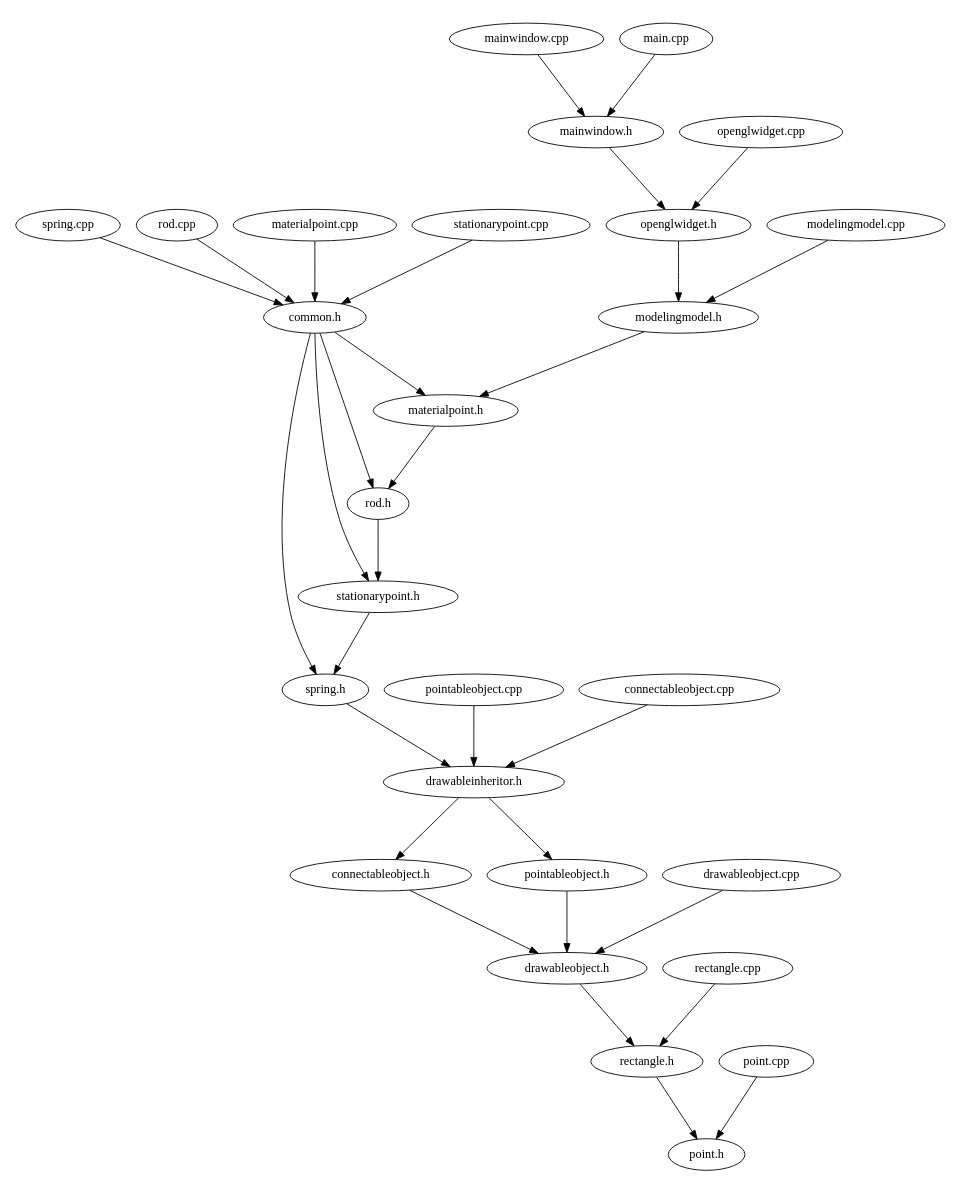
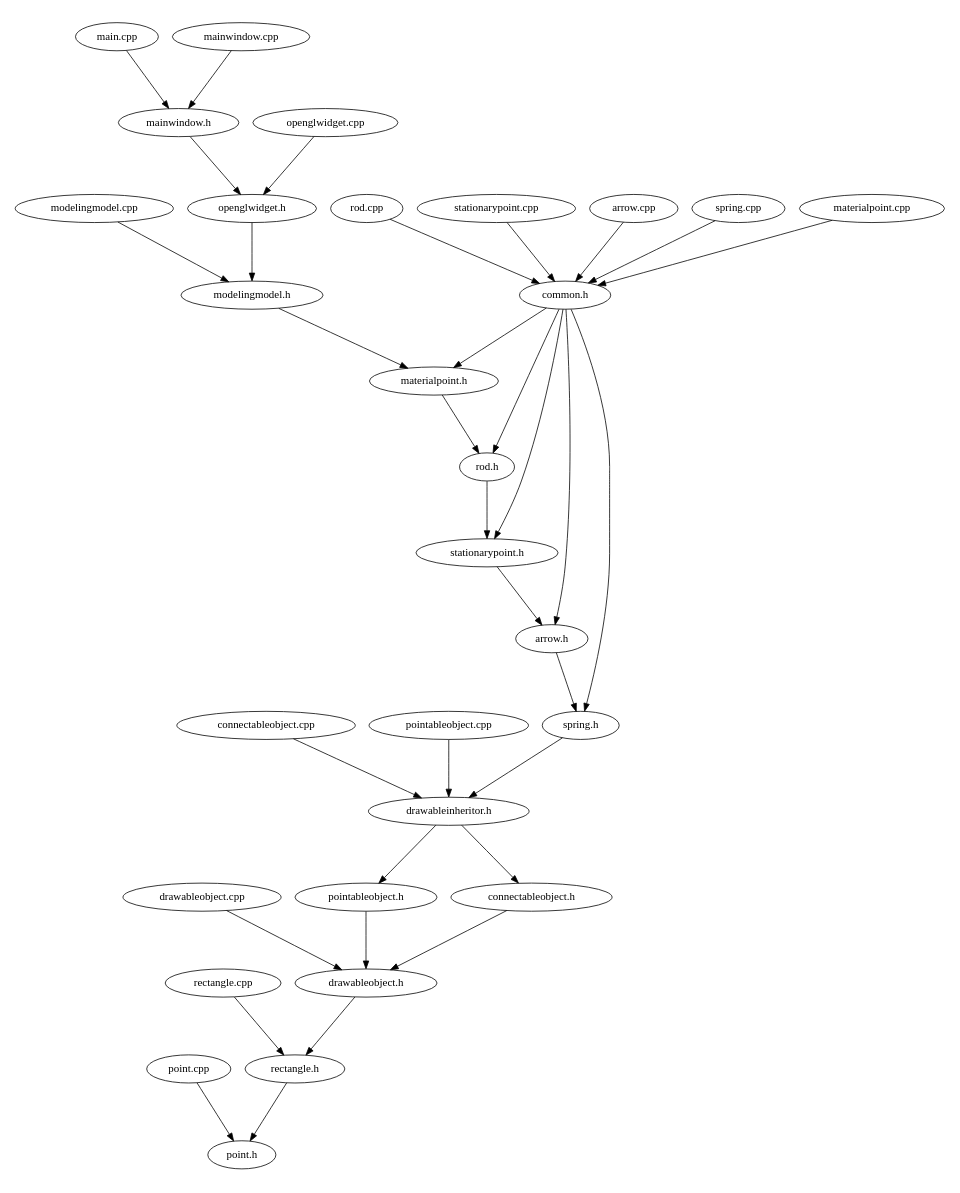
One commit to wuzzapcom/Modeling changed the diagram in source.dot. Above: the diagram before and after it, drawn with Graphviz. The commit also changed 16 other files, not shown here.

Commit message:
Added drawing arrow for setting start speed for MaterialPoint

```diff
--- a/source.dot
+++ b/source.dot
@@ -1,38 +1,41 @@
 digraph "source tree" {
     overlap=scale;
     size="8,10";
     ratio="fill";
     fontsize="16";
     fontname="Helvetica";
 	clusterrank="local";
-	"materialpoint.cpp" -> "common.h"
+	"stationarypoint.h" -> "arrow.h"
+	"drawableinheritor.h" -> "pointableobject.h"
+	"connectableobject.cpp" -> "drawableinheritor.h"
+	"modelingmodel.cpp" -> "modelingmodel.h"
+	"modelingmodel.h" -> "materialpoint.h"
+	"rod.cpp" -> "common.h"
+	"common.h" -> "arrow.h"
+	"common.h" -> "spring.h"
+	"point.cpp" -> "point.h"
+	"stationarypoint.cpp" -> "common.h"
+	"connectableobject.h" -> "drawableobject.h"
+	"common.h" -> "stationarypoint.h"
 	"openglwidget.h" -> "modelingmodel.h"
-	"mainwindow.cpp" -> "mainwindow.h"
-	"stationarypoint.cpp" -> "common.h"
-	"spring.h" -> "drawableinheritor.h"
-	"drawableinheritor.h" -> "pointableobject.h"
-	"drawableinheritor.h" -> "connectableobject.h"
-	"pointableobject.cpp" -> "drawableinheritor.h"
-	"drawableobject.h" -> "rectangle.h"
-	"materialpoint.h" -> "rod.h"
-	"common.h" -> "materialpoint.h"
-	"modelingmodel.cpp" -> "modelingmodel.h"
+	"rectangle.h" -> "point.h"
 	"main.cpp" -> "mainwindow.h"
 	"pointableobject.h" -> "drawableobject.h"
+	"drawableobject.h" -> "rectangle.h"
+	"drawableinheritor.h" -> "connectableobject.h"
+	"arrow.cpp" -> "common.h"
+	"mainwindow.cpp" -> "mainwindow.h"
 	"spring.cpp" -> "common.h"
-	"point.cpp" -> "point.h"
-	"connectableobject.cpp" -> "drawableinheritor.h"
-	"modelingmodel.h" -> "materialpoint.h"
-	"mainwindow.h" -> "openglwidget.h"
+	"common.h" -> "rod.h"
+	"common.h" -> "materialpoint.h"
+	"materialpoint.h" -> "rod.h"
 	"rod.h" -> "stationarypoint.h"
-	"common.h" -> "stationarypoint.h"
-	"stationarypoint.h" -> "spring.h"
-	"drawableobject.cpp" -> "drawableobject.h"
 	"rectangle.cpp" -> "rectangle.h"
 	"openglwidget.cpp" -> "openglwidget.h"
-	"common.h" -> "spring.h"
-	"rectangle.h" -> "point.h"
-	"common.h" -> "rod.h"
-	"connectableobject.h" -> "drawableobject.h"
-	"rod.cpp" -> "common.h"
+	"materialpoint.cpp" -> "common.h"
+	"arrow.h" -> "spring.h"
+	"mainwindow.h" -> "openglwidget.h"
+	"spring.h" -> "drawableinheritor.h"
+	"pointableobject.cpp" -> "drawableinheritor.h"
+	"drawableobject.cpp" -> "drawableobject.h"
 }
```
